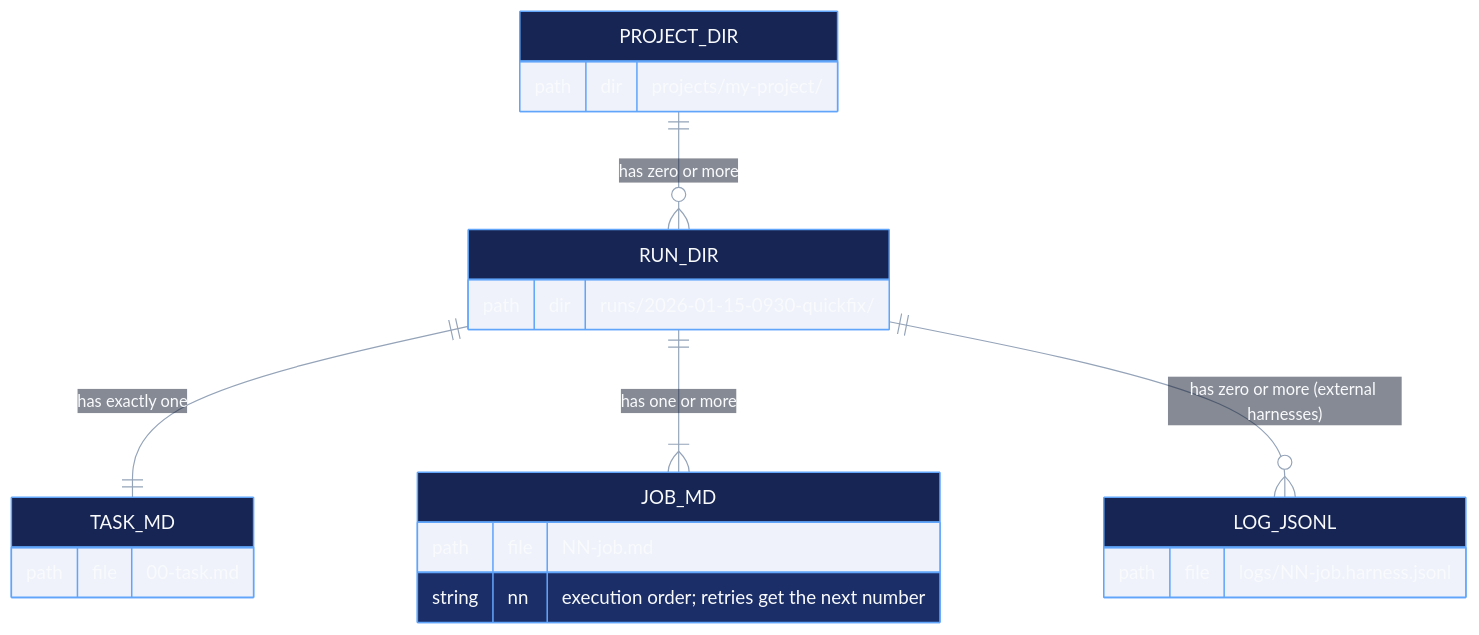
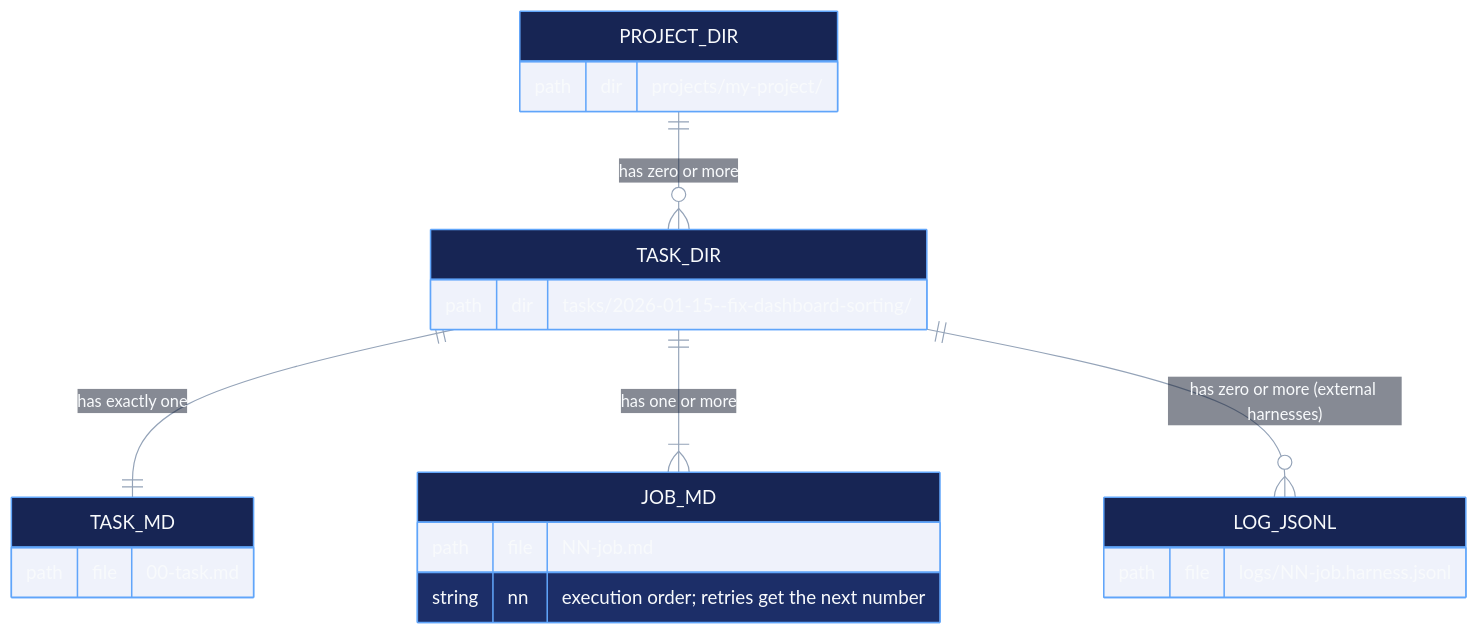
The third of 3 diagrams in docs/ARCHITECTURE.md (danielbush/pi-worker-agent), drawn with Mermaid before and after one commit. The commit also changed other lines of this file and 14 other files, not shown here.

Commit message:
chore: update example project (runs/ -> tasks/) + remove planning job

````diff
--- a/docs/ARCHITECTURE.md
+++ b/docs/ARCHITECTURE.md
@@ -219,25 +219,25 @@
 ```mermaid
 %%{init: {"theme": "base", "themeVariables": {"background": "#080d18", "primaryColor": "#172554", "primaryTextColor": "#f8fafc", "primaryBorderColor": "#60a5fa", "secondaryColor": "#111827", "secondaryTextColor": "#f8fafc", "secondaryBorderColor": "#94a3b8", "tertiaryColor": "#0f172a", "tertiaryTextColor": "#f8fafc", "tertiaryBorderColor": "#475569", "lineColor": "#94a3b8", "textColor": "#f8fafc", "titleColor": "#f8fafc", "clusterBkg": "#0f172a", "clusterBorder": "#475569", "edgeLabelBackground": "#080d18"}}}%%
 erDiagram
     PROJECT_DIR {
         path dir "projects/my-project/"
     }
-    RUN_DIR {
-        path dir "runs/2026-01-15-0930-quickfix/"
+    TASK_DIR {
+        path dir "tasks/2026-01-15--fix-dashboard-sorting/"
     }
     TASK_MD {
         path file "00-task.md"
     }
     JOB_MD {
         path file "NN-job.md"
         string nn "execution order; retries get the next number"
     }
     LOG_JSONL {
         path file "logs/NN-job.harness.jsonl"
     }
 
-    PROJECT_DIR ||--o{ RUN_DIR : "has zero or more"
-    RUN_DIR ||--|| TASK_MD : "has exactly one"
-    RUN_DIR ||--|{ JOB_MD : "has one or more"
-    RUN_DIR ||--o{ LOG_JSONL : "has zero or more (external harnesses)"
+    PROJECT_DIR ||--o{ TASK_DIR : "has zero or more"
+    TASK_DIR ||--|| TASK_MD : "has exactly one"
+    TASK_DIR ||--|{ JOB_MD : "has one or more"
+    TASK_DIR ||--o{ LOG_JSONL : "has zero or more (external harnesses)"
 ```
````
